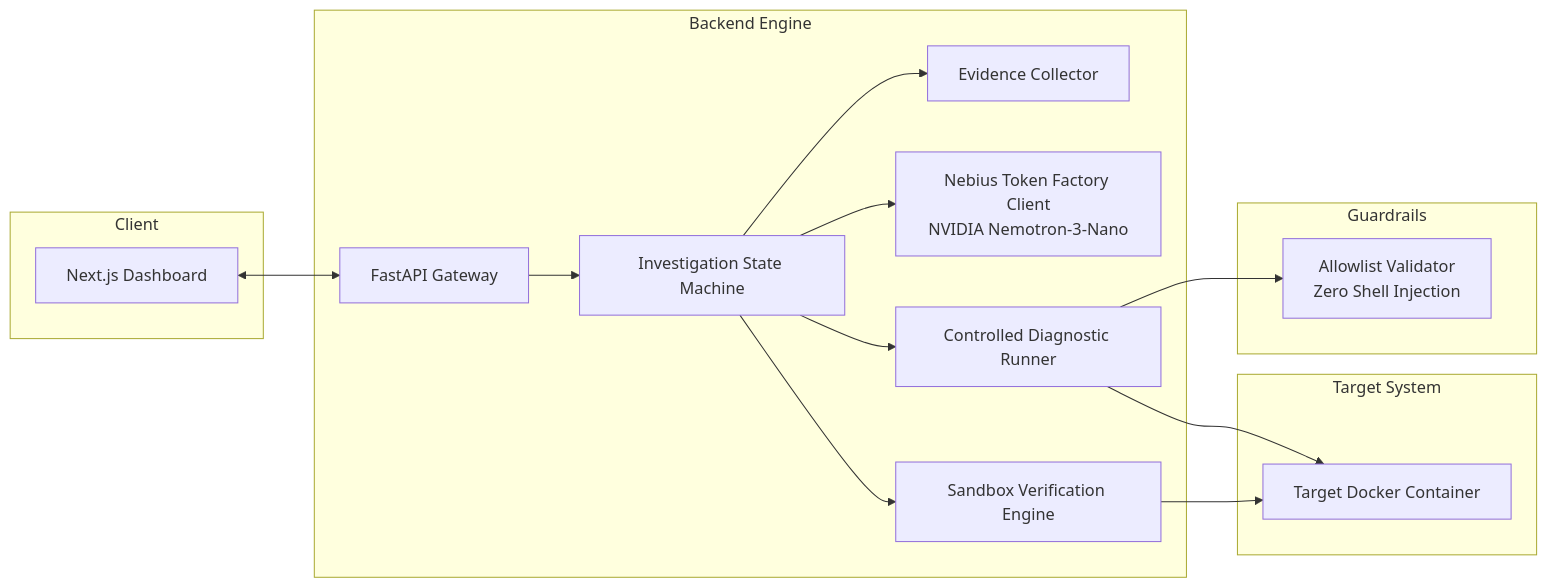
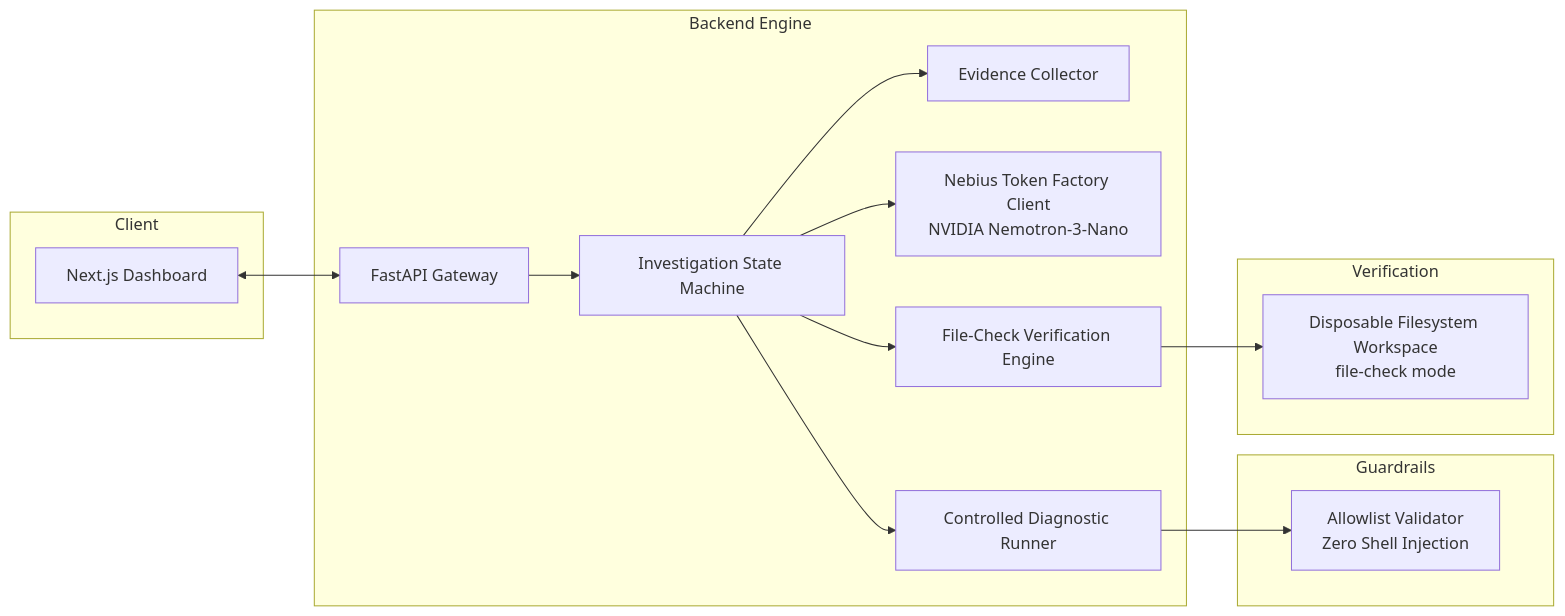
Before and after one commit to Faizanmal/fixloop: the diagram in README.md, drawn with Mermaid. The commit also changed other lines of this file and 9 other files, not shown here.

Commit message:
feat: update README and frontend components to reflect file-check verification mode and enhance user guidance

````diff
--- a/README.md
+++ b/README.md
@@ -22,25 +47,24 @@
 ```mermaid
 graph LR
     subgraph Client
         UI[Next.js Dashboard]
     end
 
     subgraph Backend Engine
         API[FastAPI Gateway] --> SM[Investigation State Machine]
         SM --> EC[Evidence Collector]
         SM --> LLM[Nebius Token Factory Client<br/>NVIDIA Nemotron-3-Nano]
         SM --> DR[Controlled Diagnostic Runner]
-        SM --> VE[Sandbox Verification Engine]
+        SM --> VE[File-Check Verification Engine]
     end
 
     subgraph Guardrails
         DR --> AL[Allowlist Validator<br/>Zero Shell Injection]
     end
 
-    subgraph Target System
-        DR --> Sandbox[Target Docker Container]
-        VE --> Sandbox
+    subgraph Verification
+        VE --> FS[Disposable Filesystem Workspace<br/>file-check mode]
     end
 
     UI <--> API
 ```
````
